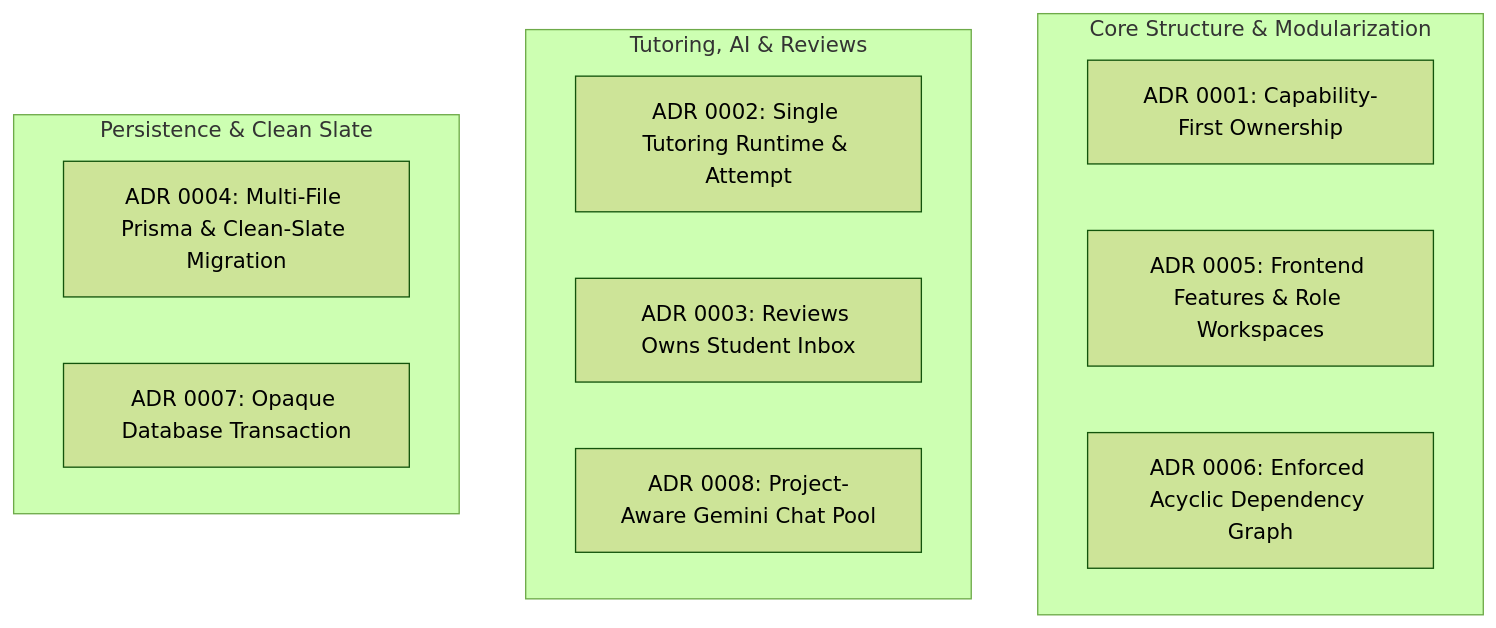
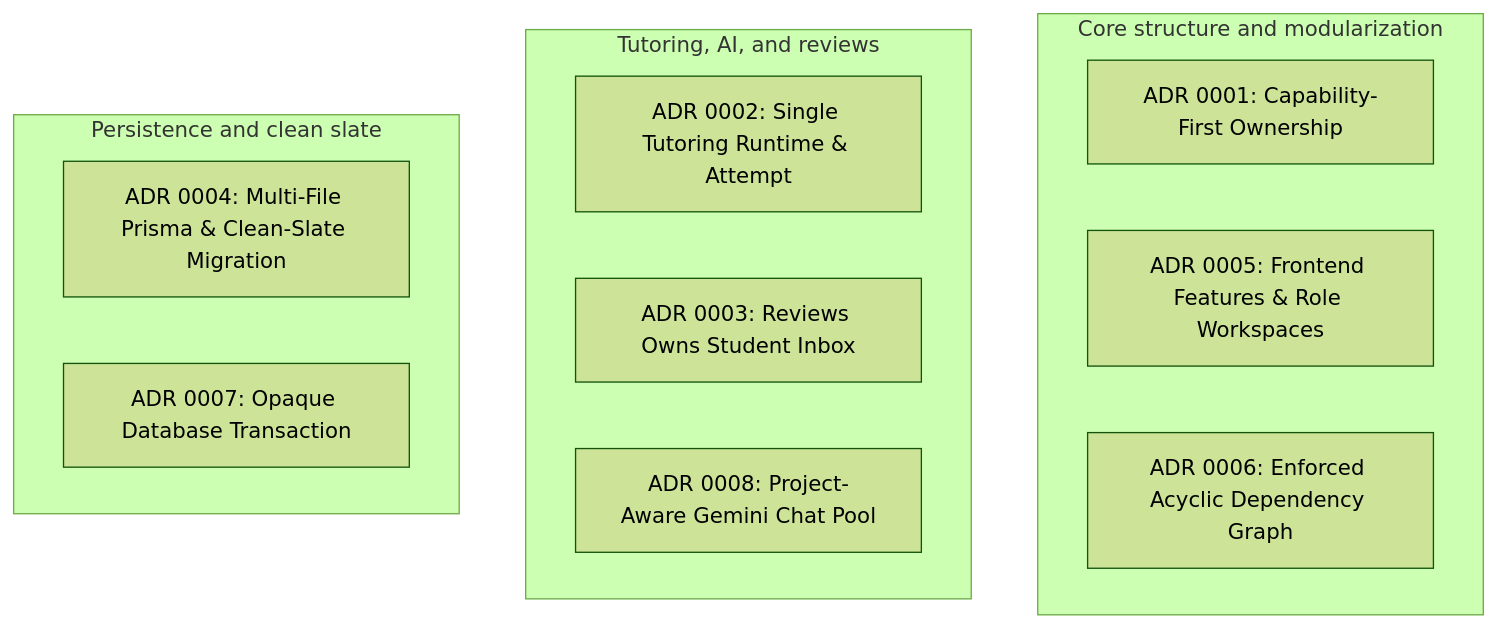
The first of 3 diagrams in docs/developer-guide/03-architecture-and-boundaries.md (MahmoudAhmed184/Morshid), drawn with Mermaid (forest theme) before and after one commit. The commit also changed other lines of this file and 19 other files, not shown here.

````diff
--- a/docs/developer-guide/03-architecture-and-boundaries.md
+++ b/docs/developer-guide/03-architecture-and-boundaries.md
@@ -11,19 +11,19 @@
 ```mermaid
 graph TD
-    subgraph CoreStructure["Core Structure & Modularization"]
+    subgraph CoreStructure["Core structure and modularization"]
         ADR1["ADR 0001: Capability-First Ownership"]
         ADR5["ADR 0005: Frontend Features & Role Workspaces"]
         ADR6["ADR 0006: Enforced Acyclic Dependency Graph"]
     end
 
-    subgraph TutoringAndReviews["Tutoring, AI & Reviews"]
+    subgraph TutoringAndReviews["Tutoring, AI, and reviews"]
         ADR2["ADR 0002: Single Tutoring Runtime & Attempt"]
         ADR3["ADR 0003: Reviews Owns Student Inbox"]
         ADR8["ADR 0008: Project-Aware Gemini Chat Pool"]
     end
 
-    subgraph DataAndTransactions["Persistence & Clean Slate"]
+    subgraph DataAndTransactions["Persistence and clean slate"]
         ADR4["ADR 0004: Multi-File Prisma & Clean-Slate Migration"]
         ADR7["ADR 0007: Opaque Database Transaction"]
     end
 ```
````
